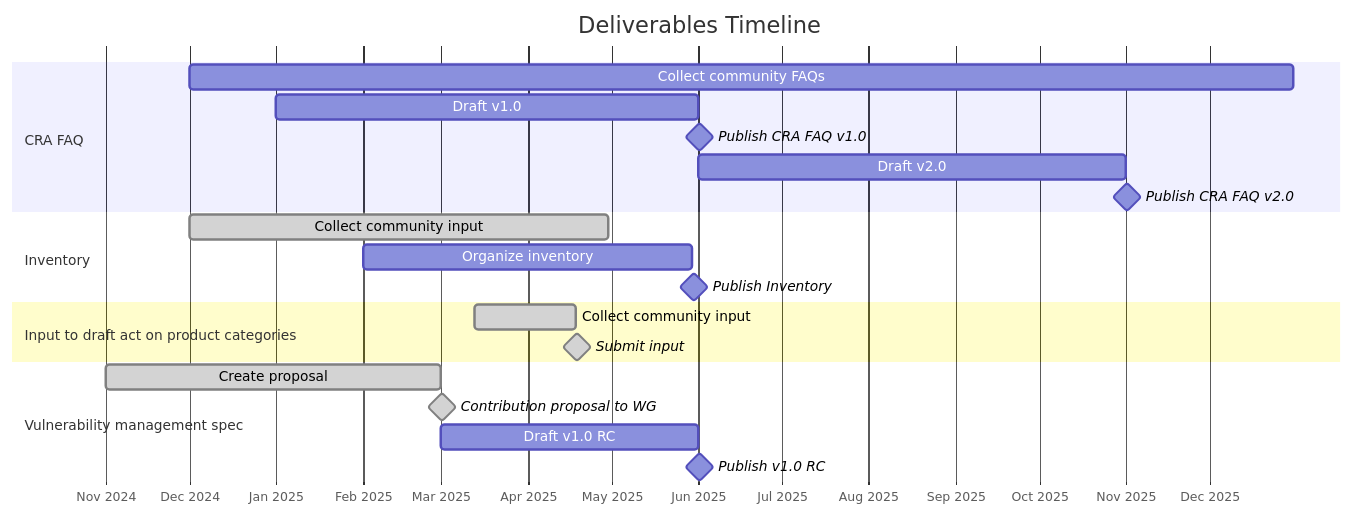
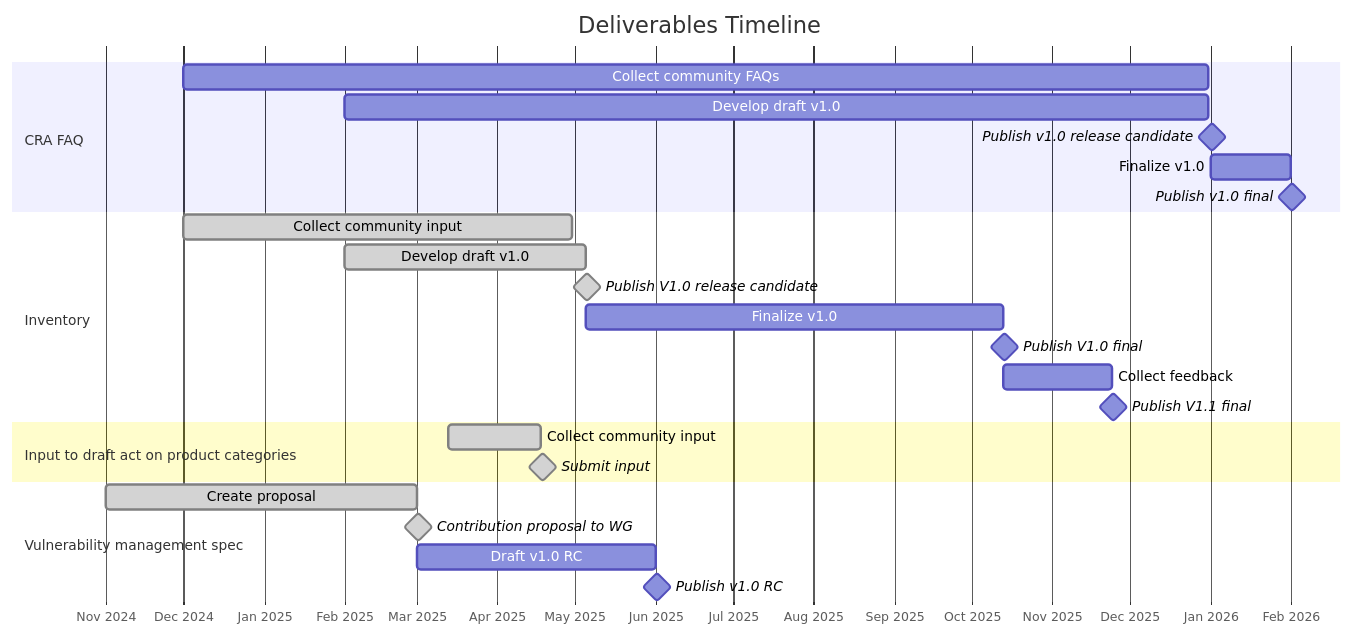
Before and after one commit to orcwg/orcwg: the second of 2 diagrams in cyber-resilience-sig/deliverables.md, drawn with Mermaid.

Commit message:
Update FAQ & inventory timeline (#169)

````diff
--- a/cyber-resilience-sig/deliverables.md
+++ b/cyber-resilience-sig/deliverables.md
@@ -521,35 +521,39 @@
 ```mermaid
 gantt
     title Deliverables Timeline
     dateFormat  D MMMM YYYY
     axisFormat %b %Y
     tickInterval 1month
 
     section CRA FAQ
     Collect community FAQs: 1 December 2024, 31 December 2025
-    Draft v1.0: 1 January 2025, 1 June 2025
-    Publish CRA FAQ v1.0: milestone, 1 June 2025, 1d
-    Draft v2.0: 1 June 2025, 1 November 2025
-    Publish CRA FAQ v2.0: milestone, 1 November 2025, 1d
+    Develop draft v1.0: 1 February 2025, 31 December 2025
+    Publish v1.0 release candidate: milestone, 1 January 2026, 1d
+    Finalize v1.0: 1 January 2026, 1 February 2026
+    Publish v1.0 final: milestone, 1 February 2026, 1d
 
     section Inventory
     Collect community input: done, 1 December 2024, 30 April 2025
-    Organize inventory: 1 February 2025, 30 May 2025
-    Publish Inventory: milestone, 30 May 2025, 1d
+    Develop draft v1.0: done, 1 February 2025, 5 May 2025
+    Publish V1.0 release candidate: done, milestone, 5 May 2025, 1d
+    Finalize v1.0: 5 May 2025, 13 October 2025
+    Publish V1.0 final: milestone, 13 October 2025, 1d
+    Collect feedback: 13 October 2025, 24 November 2025
+    Publish V1.1 final: milestone, 24 November 2025, 1d
     
     section Input to draft act on product categories
     Collect community input: done, 13 March 2025, 18 April 2025
     Submit input: done, milestone, 18 April 2025, 1d
 
     section on SBOMs
 
     section on Due diligence
 
     section on Attestations
 
     section Vulnerability management spec
     Create proposal: done, 1 November 2024, 1 March 2025
     Contribution proposal to WG: done, milestone, 1 March 2025, 1d
     Draft v1.0 RC: 1 March 2025, 1 June 2025
     Publish v1.0 RC: milestone, 1 June 2025, 1d
 ```
````
